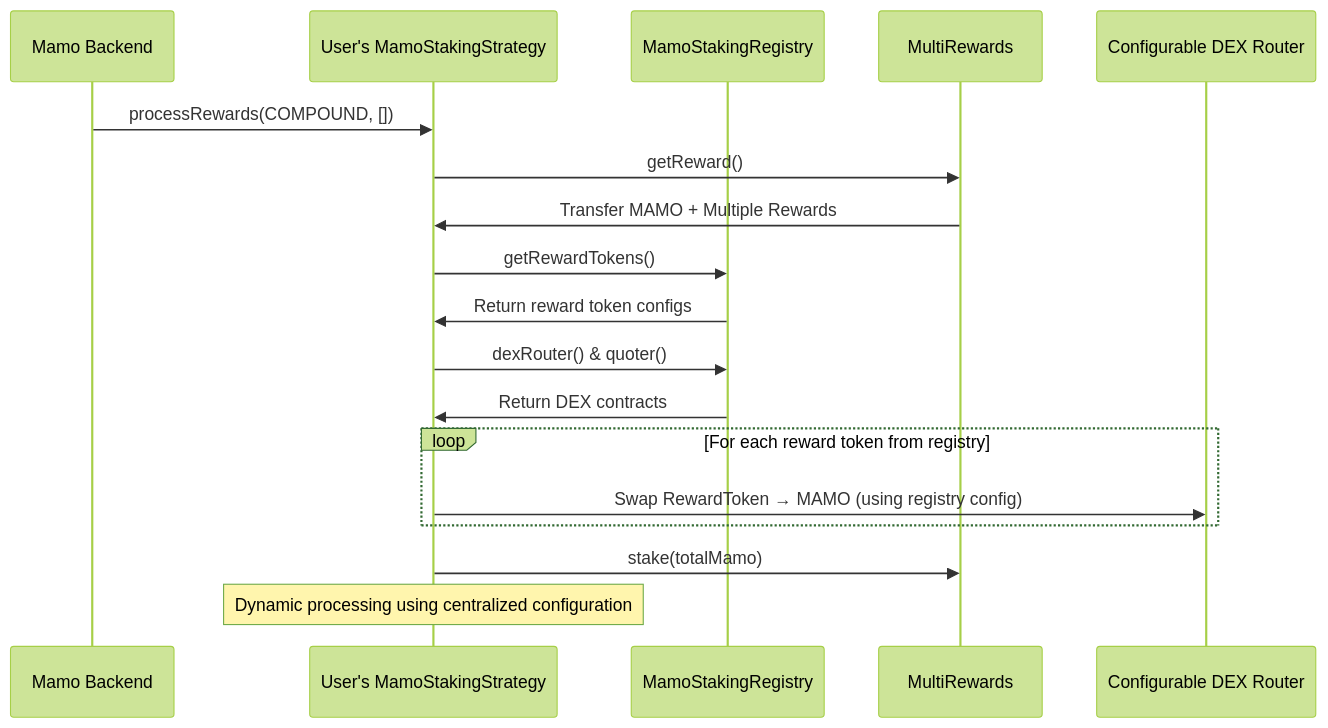
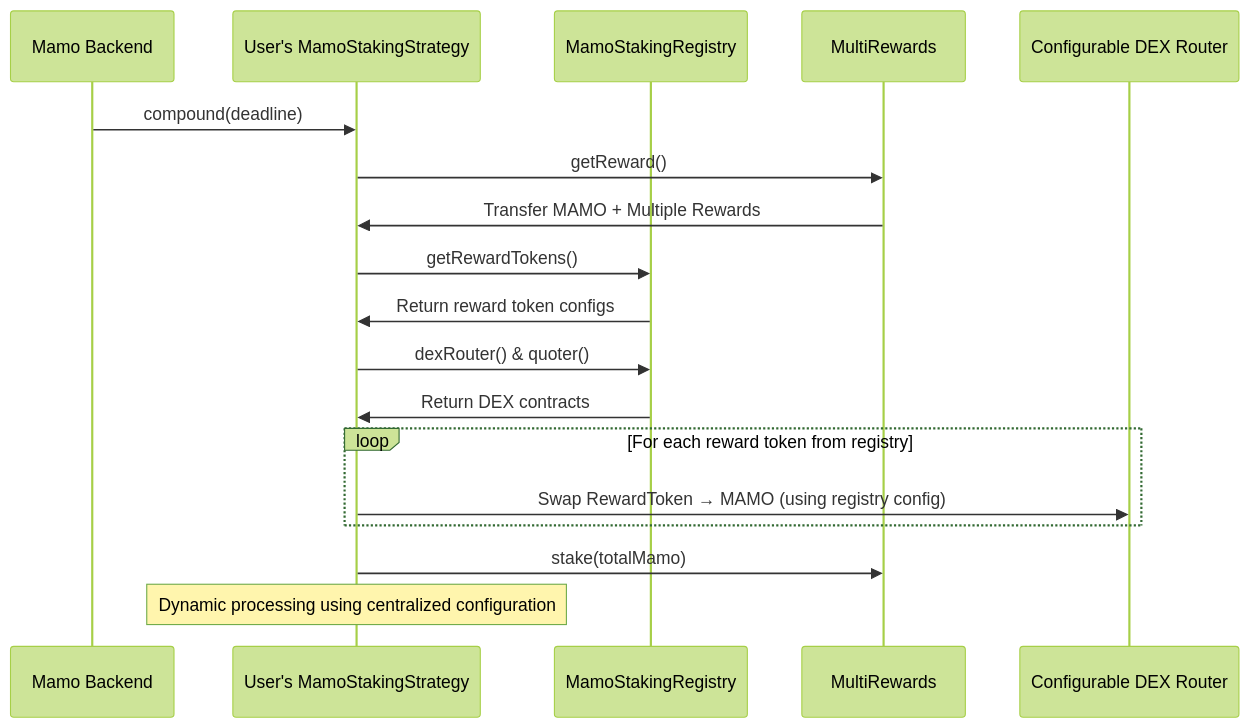
One commit to moonwell-fi/mamo-contracts changed the second of 6 diagrams in docs/MAMO_STAKING_ARCHITECTURE.md. Above: the diagram before and after it, drawn with Mermaid (forest theme). The commit also changed other lines of this file and 75 other files, not shown here.

````diff
--- a/docs/MAMO_STAKING_ARCHITECTURE.md
+++ b/docs/MAMO_STAKING_ARCHITECTURE.md
@@ -324,24 +322,24 @@
 ```mermaid
 sequenceDiagram
     participant Backend as Mamo Backend
     participant Strategy as User's MamoStakingStrategy
     participant StakingRegistry as MamoStakingRegistry
     participant MultiRewards as MultiRewards
     participant DEX as Configurable DEX Router
 
-    Backend->>Strategy: processRewards(COMPOUND, [])
+    Backend->>Strategy: compound(deadline)
     Strategy->>MultiRewards: getReward()
     MultiRewards->>Strategy: Transfer MAMO + Multiple Rewards
     Strategy->>StakingRegistry: getRewardTokens()
     StakingRegistry->>Strategy: Return reward token configs
     Strategy->>StakingRegistry: dexRouter() & quoter()
     StakingRegistry->>Strategy: Return DEX contracts
     
     loop For each reward token from registry
         Strategy->>DEX: Swap RewardToken → MAMO (using registry config)
     end
     
     Strategy->>MultiRewards: stake(totalMamo)
     
     Note over Strategy: Dynamic processing using centralized configuration
 ```
````
